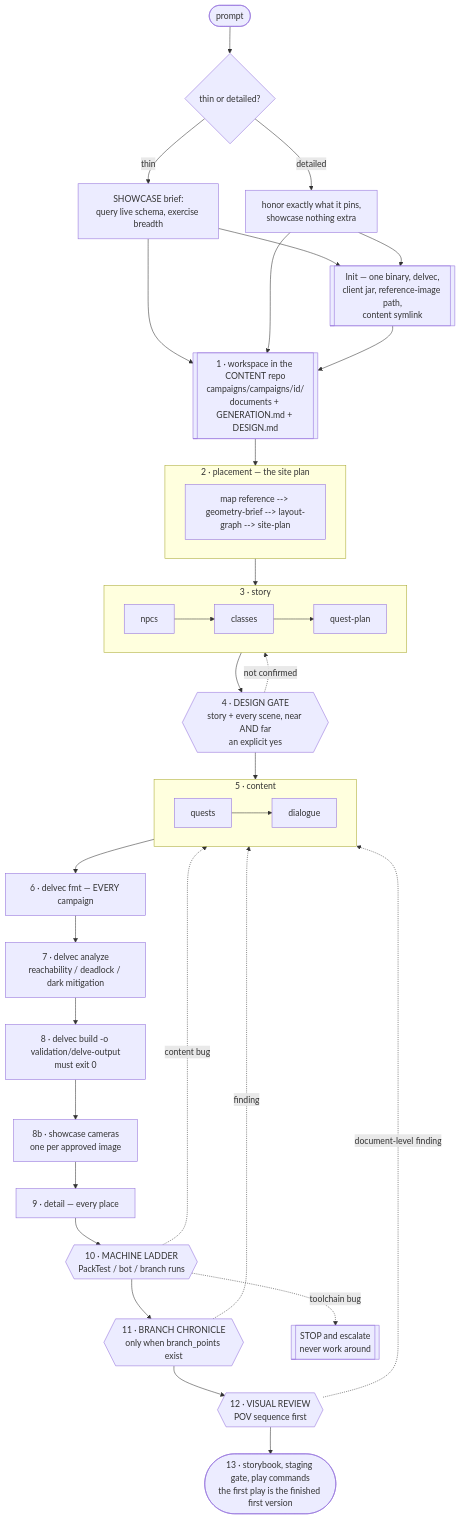
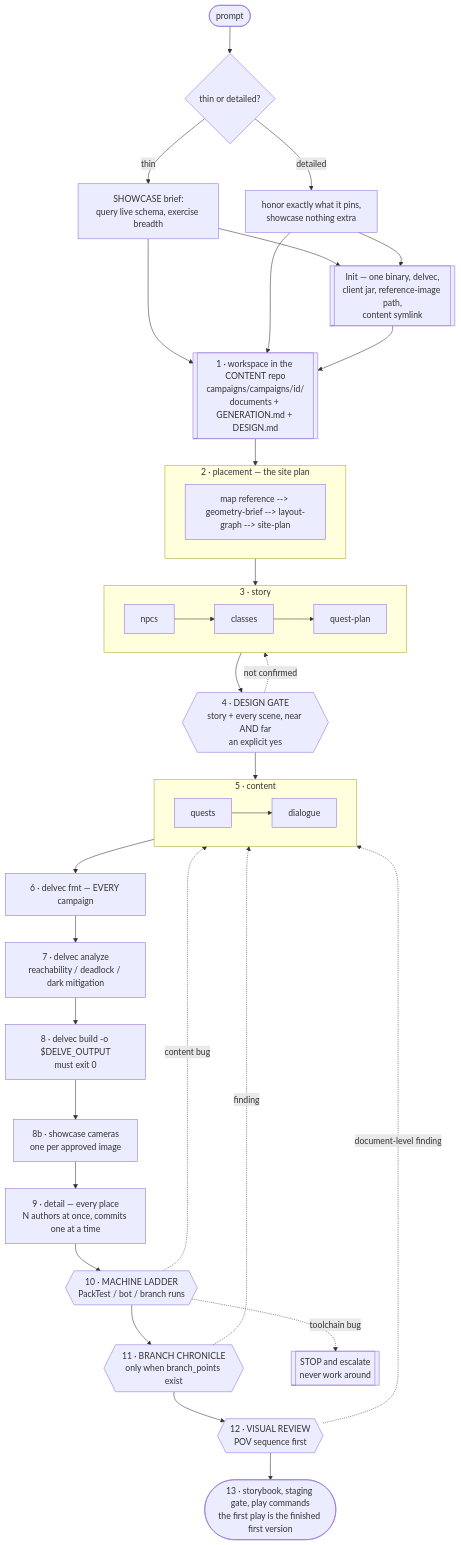
Before and after one commit to stellarfeline/delvewright: the first of 3 diagrams in docs/reference/skill-workflow.md, drawn with Mermaid. The commit also changed other lines of this file and 19 other files, not shown here.

````diff
--- a/docs/reference/skill-workflow.md
+++ b/docs/reference/skill-workflow.md
@@ -114,45 +114,45 @@
 ```mermaid
 flowchart TD
     P([prompt]) --> M{thin or detailed?}
     M -->|thin| SH[SHOWCASE brief:<br/>query live schema, exercise breadth]
     M -->|detailed| HB[honor exactly what it pins,<br/>showcase nothing extra]
     SH --> WS
     HB --> WS
     SH --> IN
     HB --> IN
     IN[["Init — one binary, delvec,<br/>client jar, reference-image path,<br/>content symlink"]]
     IN --> WS
     WS[["1 · workspace in the CONTENT repo<br/>campaigns/campaigns/id/<br/>documents + GENERATION.md + DESIGN.md"]]
 
     WS --> P2
     subgraph P2 ["2 · placement — the site plan"]
         direction LR
         SP[map reference --> geometry-brief --> layout-graph --> site-plan]
     end
     P2 --> L
     subgraph L ["3 · story"]
         direction LR
         S2[npcs] --> S3[classes] --> S4[quest-plan]
     end
 
     L --> AG{{"4 · DESIGN GATE<br/>story + every scene, near AND far<br/>an explicit yes"}}
     AG -.not confirmed.-> L
     AG --> C
     subgraph C ["5 · content"]
         direction LR
         S5[quests] --> S6[dialogue]
     end
     C --> F["6 · delvec fmt — EVERY campaign"]
     F --> A["7 · delvec analyze<br/>reachability / deadlock / dark mitigation"]
-    A --> B["8 · delvec build -o validation/delve-output<br/>must exit 0"]
+    A --> B["8 · delvec build -o $DELVE_OUTPUT<br/>must exit 0"]
     B --> CAM["8b · showcase cameras<br/>one per approved image"]
-    CAM --> D["9 · detail — every place"]
+    CAM --> D["9 · detail — every place<br/>N authors at once, commits one at a time"]
     D --> G8{{"10 · MACHINE LADDER<br/>PackTest / bot / branch runs"}}
     G8 --> G7{{"11 · BRANCH CHRONICLE<br/>only when branch_points exist"}}
     G7 --> G9{{"12 · VISUAL REVIEW<br/>POV sequence first"}}
     G9 --> G10([13 · storybook, staging gate, play commands<br/>the first play is the finished first version])
     G7 -.finding.-> C
     G8 -.content bug.-> C
     G8 -.toolchain bug.-> ESC[[STOP and escalate<br/>never work around]]
     G9 -.document-level finding.-> C
 ```
````
